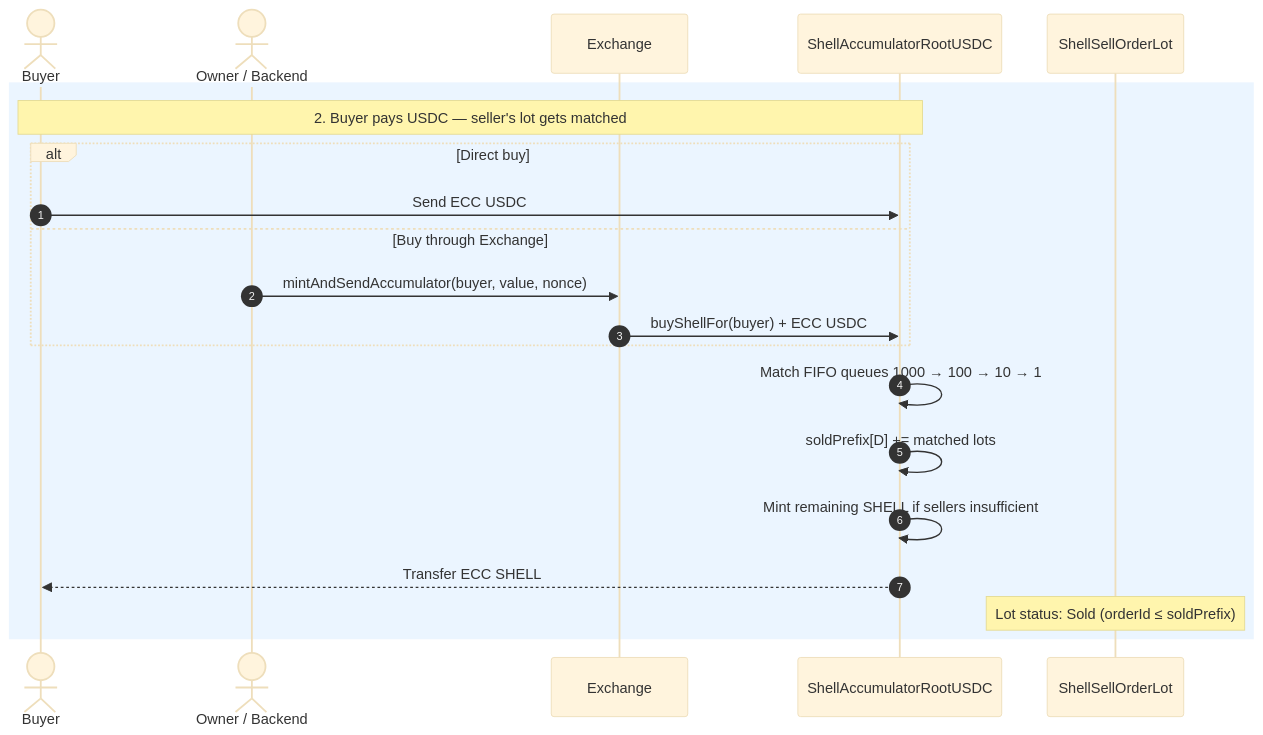
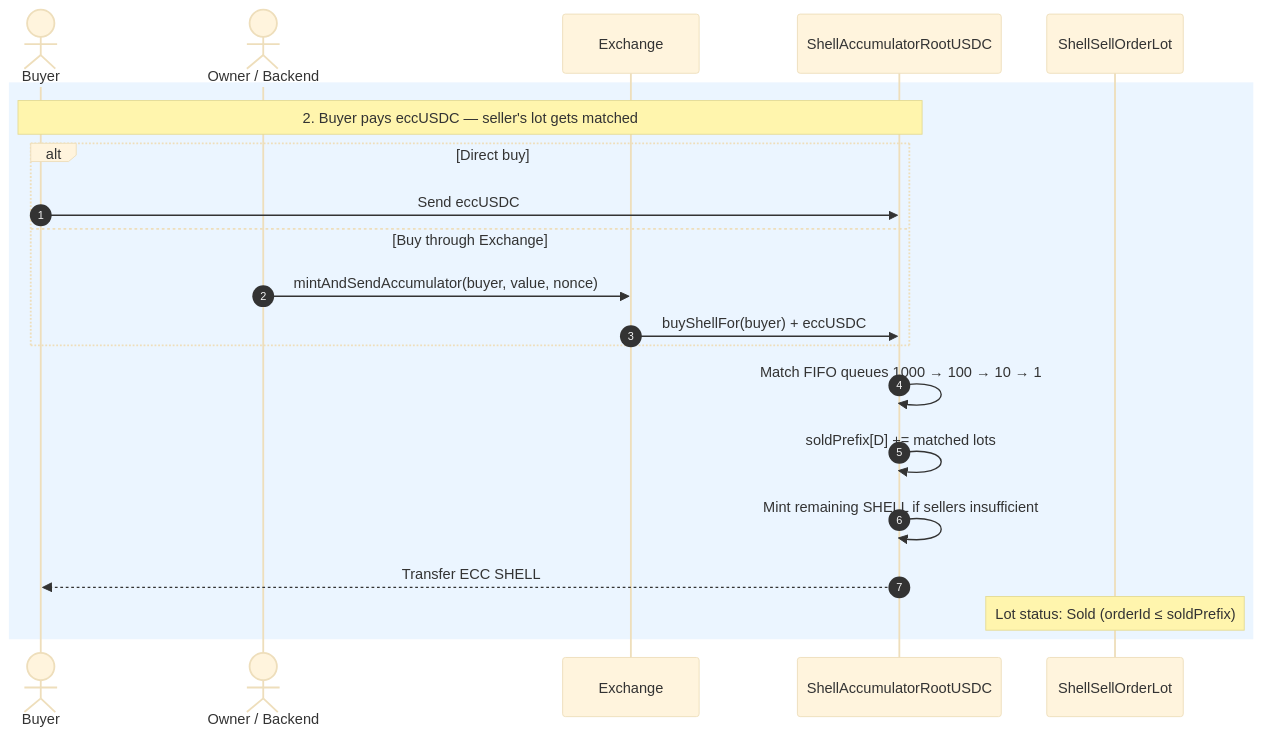
Before and after one commit to tvmlabs/tvm-sdk: the third of 5 diagrams in docs/accumulator-contract-system/sell-buy-burn-flows.md, drawn with Mermaid (base theme). The commit also changed other lines of this file and 4 other files, not shown here.

Commit message:
GITBOOK-87: rename USDC -> eccUSDC

````diff
--- a/docs/accumulator-contract-system/sell-buy-burn-flows.md
+++ b/docs/accumulator-contract-system/sell-buy-burn-flows.md
@@ -107,24 +107,24 @@
 ```mermaid
 sequenceDiagram
     autonumber
     actor Buyer
     actor Owner as Owner / Backend
     participant Exchange
     participant Accumulator as ShellAccumulatorRootUSDC
     participant SellOrder as ShellSellOrderLot
 
     rect rgb(235, 245, 255)
-        Note over Buyer,Accumulator: 2. Buyer pays USDC — seller's lot gets matched
+        Note over Buyer,Accumulator: 2. Buyer pays eccUSDC — seller's lot gets matched
         alt Direct buy
-            Buyer->>Accumulator: Send ECC USDC
+            Buyer->>Accumulator: Send eccUSDC
         else Buy through Exchange
             Owner->>Exchange: mintAndSendAccumulator(buyer, value, nonce)
-            Exchange->>Accumulator: buyShellFor(buyer) + ECC USDC
+            Exchange->>Accumulator: buyShellFor(buyer) + eccUSDC
         end
         Accumulator->>Accumulator: Match FIFO queues 1000 → 100 → 10 → 1
         Accumulator->>Accumulator: soldPrefix[D] += matched lots
         Accumulator->>Accumulator: Mint remaining SHELL if sellers insufficient
         Accumulator-->>Buyer: Transfer ECC SHELL
         Note over SellOrder: Lot status: Sold (orderId ≤ soldPrefix)
     end
 ```
````
